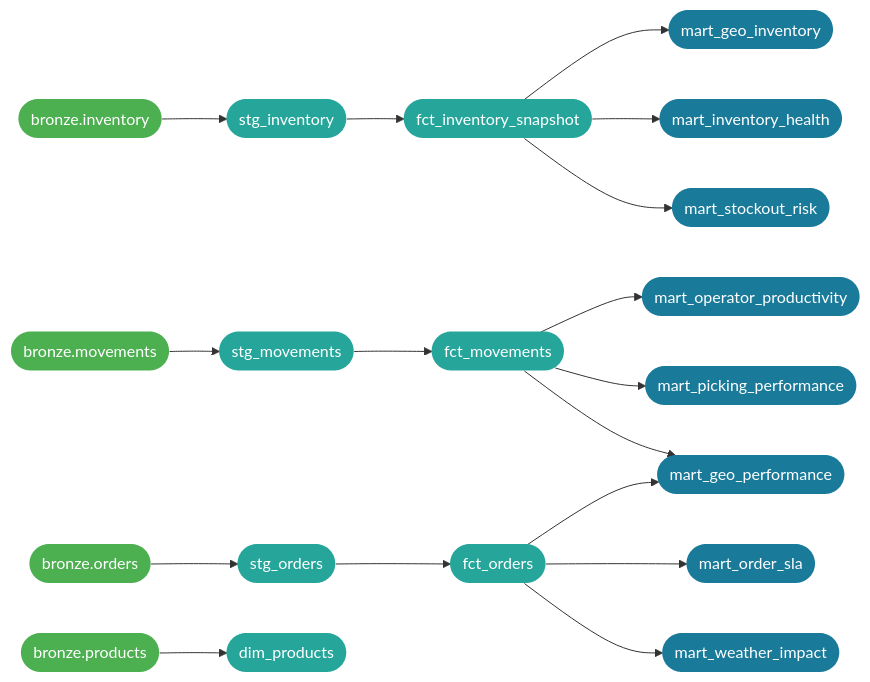
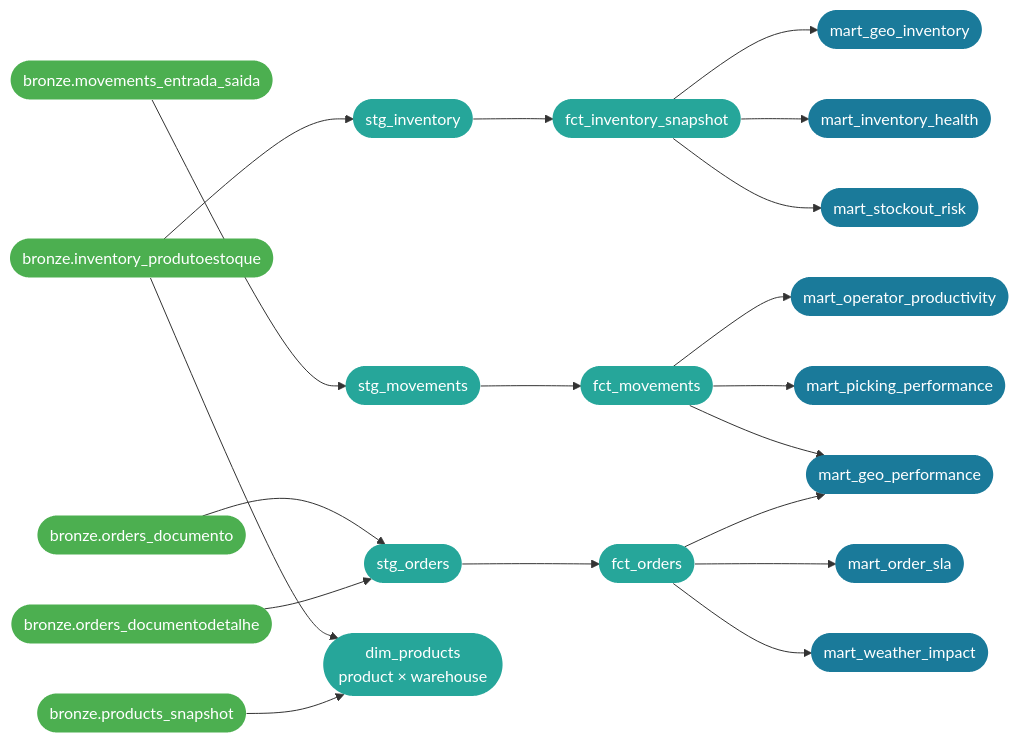
Before and after one commit to leandroslax/wms-data-platform: the second of 2 diagrams in README.md, drawn with Mermaid. The commit also changed 4 other files, not shown here.

````diff
--- a/README.md
+++ b/README.md
@@ -167,38 +167,42 @@
 ```mermaid
 flowchart LR
     classDef bronze fill:#4caf50,color:#fff,stroke:none
     classDef silver fill:#26a69a,color:#fff,stroke:none
     classDef gold   fill:#1a7a9a,color:#fff,stroke:none
 
-    B1([bronze.inventory]):::bronze
-    B2([bronze.movements]):::bronze
-    B3([bronze.orders]):::bronze
-    B5([bronze.products]):::bronze
+    B1([bronze.inventory_produtoestoque]):::bronze
+    B2([bronze.movements_entrada_saida]):::bronze
+    B3([bronze.orders_documento]):::bronze
+    B4([bronze.orders_documentodetalhe]):::bronze
+    B5([bronze.products_snapshot]):::bronze
 
     S1([stg_inventory]):::silver
     S2([stg_movements]):::silver
     S3([stg_orders]):::silver
 
     F1([fct_inventory_snapshot]):::silver
     F2([fct_movements]):::silver
     F3([fct_orders]):::silver
-    D1([dim_products]):::silver
+    D1([dim_products\nproduct × warehouse]):::silver
 
     M1([mart_geo_inventory]):::gold
     M2([mart_inventory_health]):::gold
     M3([mart_stockout_risk]):::gold
     M4([mart_operator_productivity]):::gold
     M5([mart_picking_performance]):::gold
     M6([mart_geo_performance]):::gold
     M7([mart_order_sla]):::gold
     M8([mart_weather_impact]):::gold
 
     B1 --> S1 --> F1
+    B1 --> D1
     B2 --> S2 --> F2
     B3 --> S3 --> F3
+    B4 --> S3
     B5 --> D1
 
     F1 --> M1 & M2 & M3
-    F2 --> M4 & M5 & M6
+    F2 --> M4 & M5
+    F2 --> M6
     F3 --> M6 & M7 & M8
 ```
````
